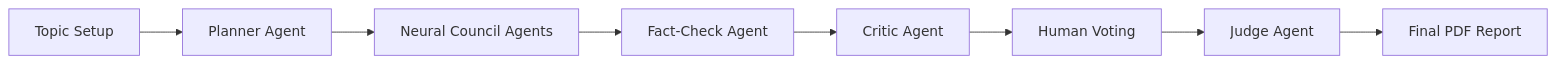
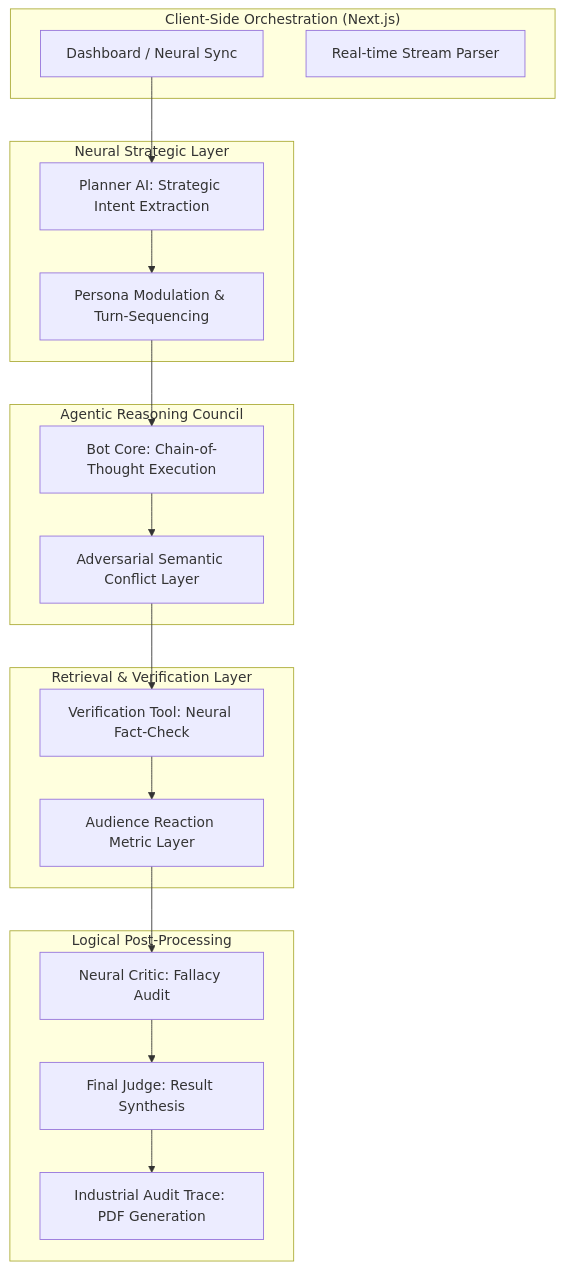
The diagram in README.md (srishtit067/debate-arena), drawn with Mermaid before and after one commit. The commit also changed other lines of this file, not shown here.

Commit message:
docs: v12.0 MISSION-READY - Technical Agentic Architecture and Neural HUD specs

````diff
--- a/README.md
+++ b/README.md
@@ -31,10 +20,38 @@
 ```mermaid
-graph LR
-    A[Topic Setup] --> B[Planner Agent]
-    B --> C[Neural Council Agents]
-    C --> D[Fact-Check Agent]
-    D --> E[Critic Agent]
-    E --> F[Human Voting]
-    F --> G[Judge Agent]
-    G --> H[Final PDF Report]
+graph TD
+    subgraph UI ["Client-Side Orchestration (Next.js)"]
+        A[Dashboard / Neural Sync]
+        B[Real-time Stream Parser]
+    end
+    
+    subgraph Orchestration ["Neural Strategic Layer"]
+        C[Planner AI: Strategic Intent Extraction]
+        D[Persona Modulation & Turn-Sequencing]
+    end
+    
+    subgraph Execution ["Agentic Reasoning Council"]
+        E[Bot Core: Chain-of-Thought Execution]
+        F[Adversarial Semantic Conflict Layer]
+    end
+    
+    subgraph Tools ["Retrieval & Verification Layer"]
+        G[Verification Tool: Neural Fact-Check]
+        H[Audience Reaction Metric Layer]
+    end
+    
+    subgraph Analytics ["Logical Post-Processing"]
+        I[Neural Critic: Fallacy Audit]
+        J[Final Judge: Result Synthesis]
+        K[Industrial Audit Trace: PDF Generation]
+    end
+
+    A --> C
+    C --> D
+    D --> E
+    E --> F
+    F --> G
+    G --> H
+    H --> I
+    I --> J
+    J --> K
 ```
````
